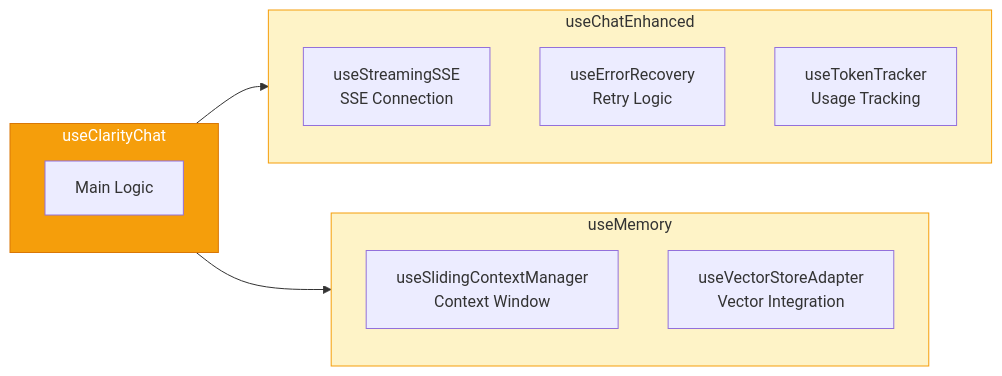
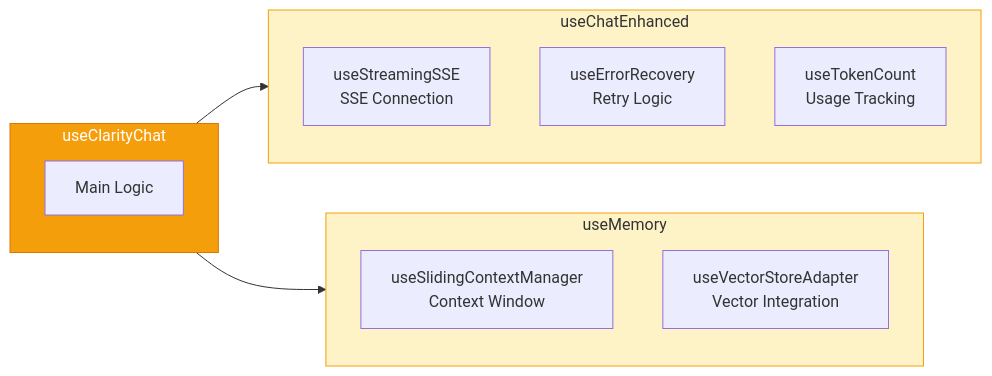
Before and after one commit to christireid/Clarity-ai-chat-components: the eighth of 13 diagrams in docs/architecture.md, drawn with Mermaid. The commit also changed other lines of this file and 283 other files, not shown here.

````diff
--- a/docs/architecture.md
+++ b/docs/architecture.md
@@ -218,25 +218,25 @@
 ```mermaid
 graph LR
     subgraph Core["useClarityChat"]
         direction TB
         Main[Main Logic]
     end
 
     subgraph Enhanced["useChatEnhanced"]
         SSE[useStreamingSSE<br/>SSE Connection]
         Error[useErrorRecovery<br/>Retry Logic]
-        Token[useTokenTracker<br/>Usage Tracking]
+        Token[useTokenCount<br/>Usage Tracking]
     end
 
     subgraph MemoryHooks["useMemory"]
         Sliding[useSlidingContextManager<br/>Context Window]
         Vector[useVectorStoreAdapter<br/>Vector Integration]
     end
 
     Core --> Enhanced
     Core --> MemoryHooks
 
     style Core fill:#f59e0b,stroke:#d97706,color:#fff
     style Enhanced fill:#fef3c7,stroke:#f59e0b
     style MemoryHooks fill:#fef3c7,stroke:#f59e0b
 ```
````
